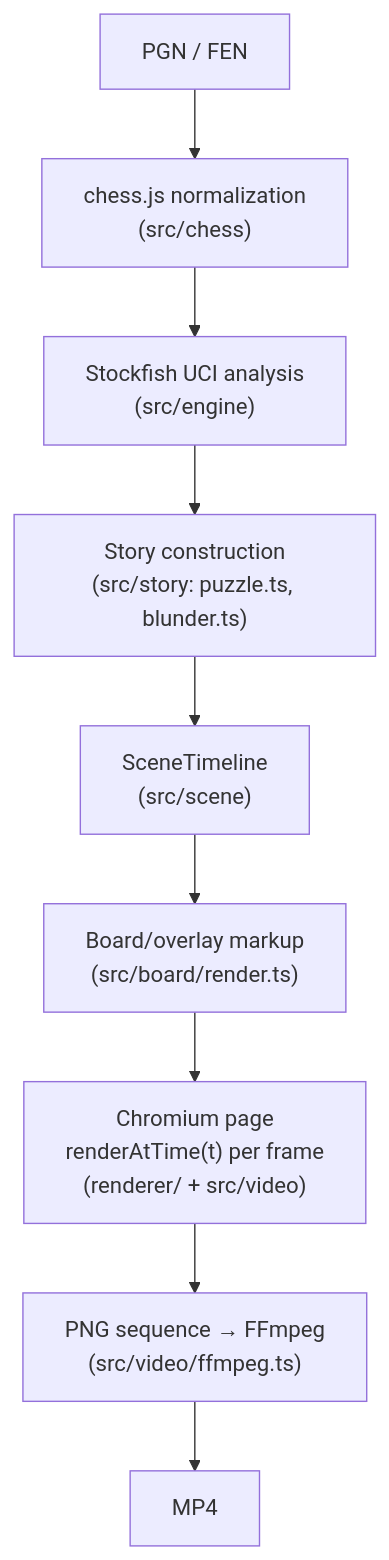
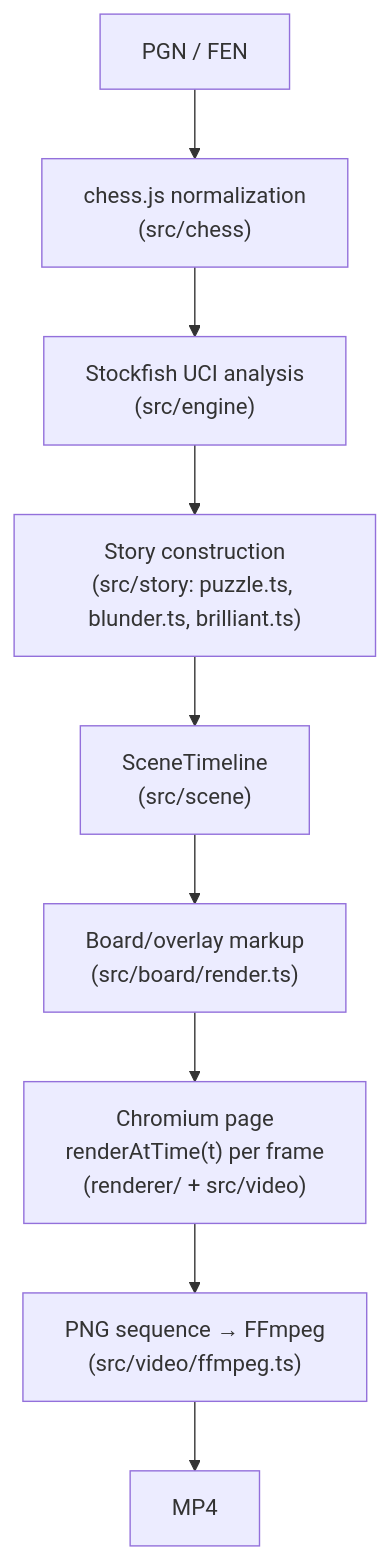
The diagram in README.md (alessandrobessi/chessroll), drawn with Mermaid before and after one commit. The commit also changed other lines of this file and 16 other files, not shown here.

````diff
--- a/README.md
+++ b/README.md
@@ -167,11 +178,11 @@
 ```mermaid
 flowchart TD
     A[PGN / FEN] --> B["chess.js normalization<br/>(src/chess)"]
     B --> C["Stockfish UCI analysis<br/>(src/engine)"]
-    C --> D["Story construction<br/>(src/story: puzzle.ts, blunder.ts)"]
+    C --> D["Story construction<br/>(src/story: puzzle.ts, blunder.ts, brilliant.ts)"]
     D --> E["SceneTimeline<br/>(src/scene)"]
     E --> F["Board/overlay markup<br/>(src/board/render.ts)"]
     F --> G["Chromium page<br/>renderAtTime(t) per frame<br/>(renderer/ + src/video)"]
     G --> H["PNG sequence → FFmpeg<br/>(src/video/ffmpeg.ts)"]
     H --> I[MP4]
 ```
````
